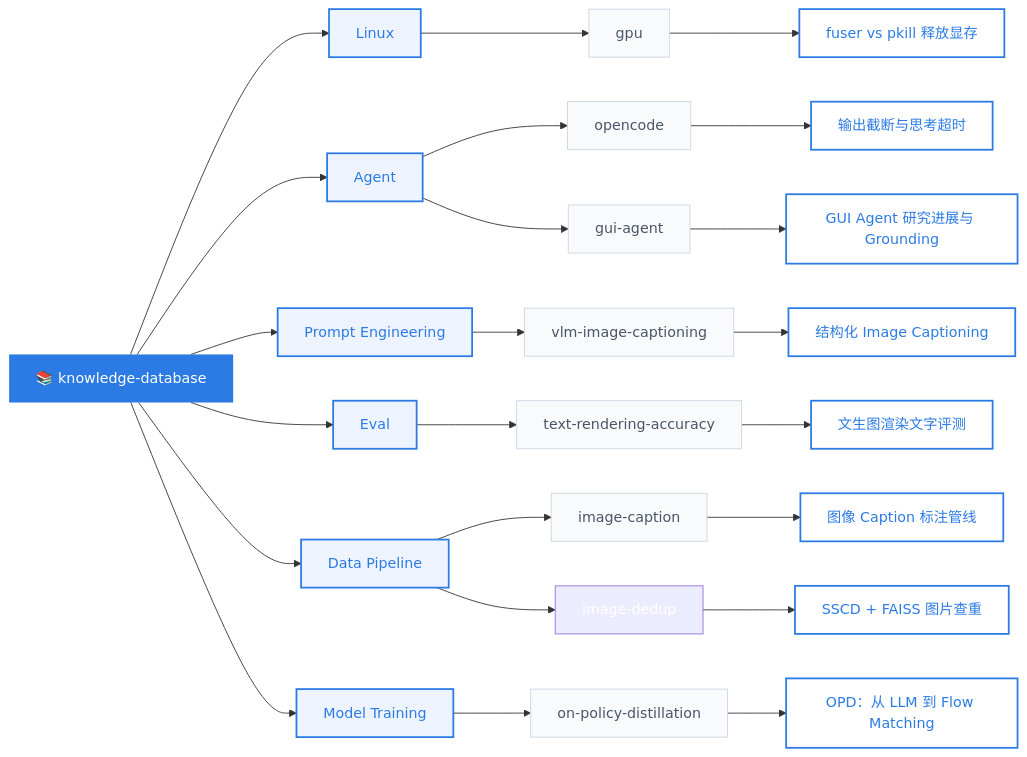
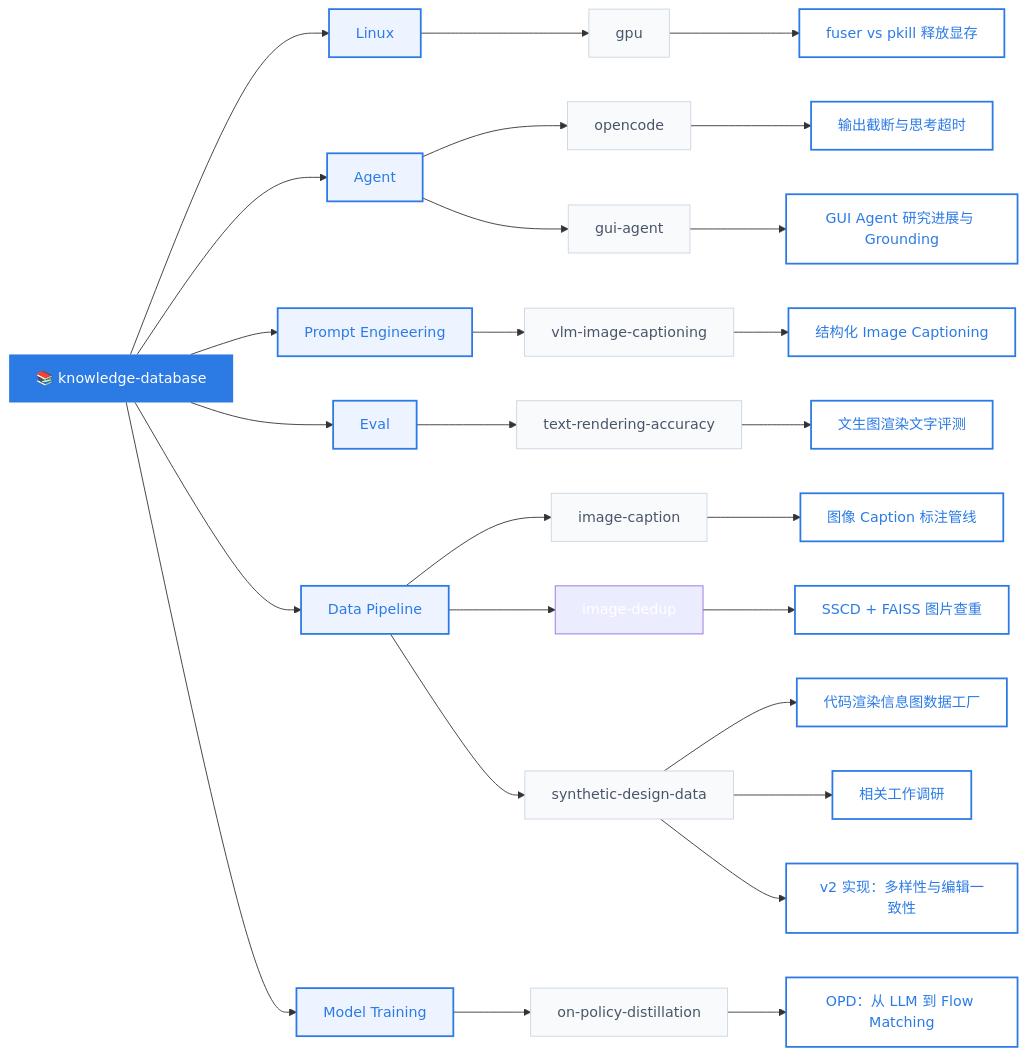
The diagram in README.md (caseclose/knowledge-database), drawn with Mermaid before and after one commit. The commit also changed other lines of this file and 4 other files, not shown here.

Commit message:
add: 代码渲染设计图数据工厂调研与 v2 实现知识

````diff
--- a/README.md
+++ b/README.md
@@ -11,51 +11,59 @@
 ```mermaid
 graph LR
     KB["📚 knowledge-database"] --> Linux["Linux"]
     KB --> Agent["Agent"]
     KB --> PE["Prompt Engineering"]
     KB --> Eval["Eval"]
     KB --> DP["Data Pipeline"]
     KB --> MT["Model Training"]
 
     Linux --> GPU["gpu"]
     GPU --> K1["fuser vs pkill 释放显存"]
 
     Agent --> OC["opencode"]
     Agent --> GUI["gui-agent"]
     OC --> K2["输出截断与思考超时"]
     GUI --> K7["GUI Agent 研究进展与 Grounding"]
 
     PE --> PE1["vlm-image-captioning"]
     PE1 --> K3["结构化 Image Captioning"]
 
     Eval --> EV1["text-rendering-accuracy"]
     EV1 --> K4["文生图渲染文字评测"]
 
     DP --> DP1["image-caption"]
     DP1 --> K5["图像 Caption 标注管线"]
 
     DP --> DP2["image-dedup"]
     DP2 --> K6["SSCD + FAISS 图片查重"]
 
+    DP --> DP3["synthetic-design-data"]
+    DP3 --> K9["代码渲染信息图数据工厂"]
+    DP3 --> K10["相关工作调研"]
+    DP3 --> K11["v2 实现：多样性与编辑一致性"]
+
     MT --> OPD["on-policy-distillation"]
     OPD --> K8["OPD：从 LLM 到 Flow Matching"]
 
     classDef root fill:#2c7be5,color:#fff,stroke:none
     classDef category fill:#eef4ff,color:#2c7be5,stroke:#2c7be5,stroke-width:2px
     classDef sub fill:#f8fafc,color:#4a5568,stroke:#cbd5e0,stroke-width:1px
     classDef knowledge fill:#fff,color:#2c7be5,stroke:#2c7be5,stroke-width:2px
 
     class KB root
     class Linux,Agent,PE,Eval,DP,MT category
-    class GPU,OC,GUI,PE1,EV1,DP1,OPD sub
-    class K1,K2,K3,K4,K5,K6,K7,K8 knowledge
+    class GPU,OC,GUI,PE1,EV1,DP1,DP3,OPD sub
+    class K1,K2,K3,K4,K5,K6,K7,K8,K9,K10,K11 knowledge
 
     click K1 href "#/linux/gpu/fuser-vs-pkill-release-gpu-memory"
     click K2 href "#/agent/opencode/output-truncation-and-thinking-timeout"
     click K3 href "#/prompt-engineering/vlm-image-captioning/structured-image-captioning"
     click K4 href "#/eval/text-rendering-accuracy/text-to-image-render-text-eval"
     click K5 href "#/data-pipeline/image-caption/image-caption-annotation-pipeline"
     click K6 href "#/data-pipeline/image-dedup/sscd-faiss-image-deduplication"
     click K7 href "#/agent/gui-agent/gui-agent-research-progress-and-grounding"
     click K8 href "#/model-training/on-policy-distillation/opd-from-llm-to-flow-matching"
+    click K9 href "#/data-pipeline/synthetic-design-data/code-render-infographic-data-factory"
+    click K10 href "#/data-pipeline/synthetic-design-data/code-render-related-work-survey"
+    click K11 href "#/data-pipeline/synthetic-design-data/code-render-diversity-and-editing-implementation"
 ```
````
